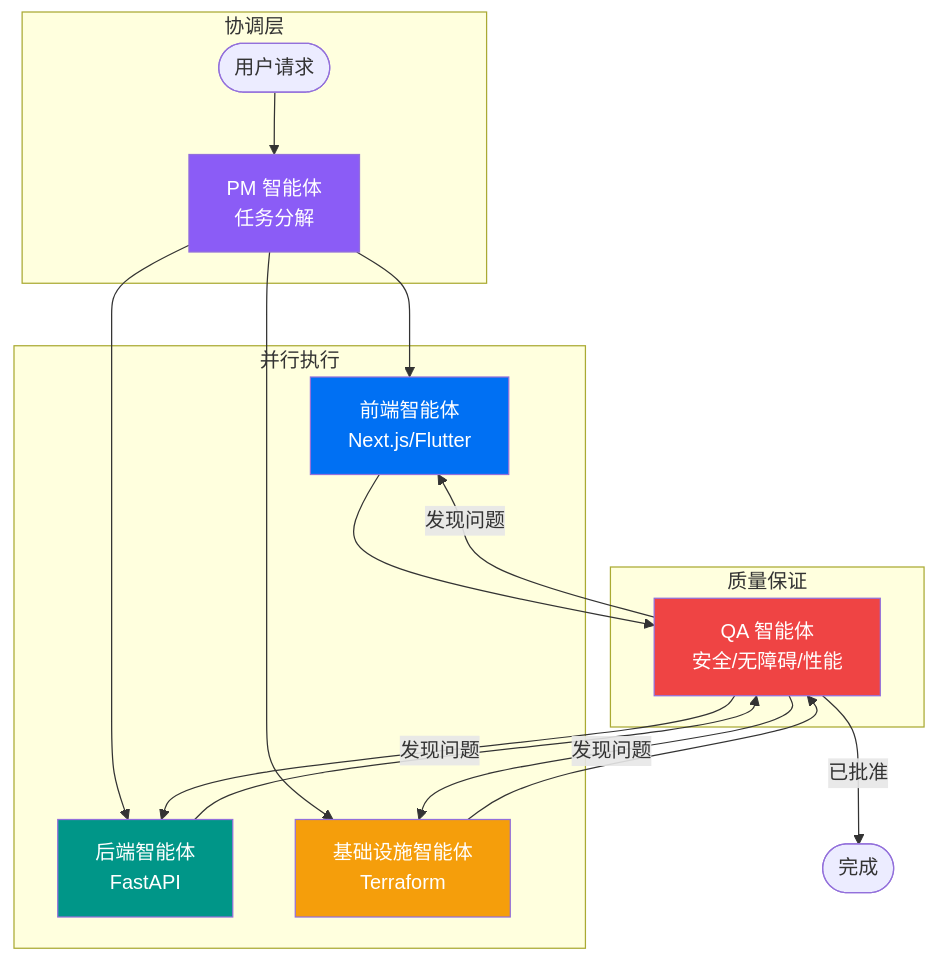
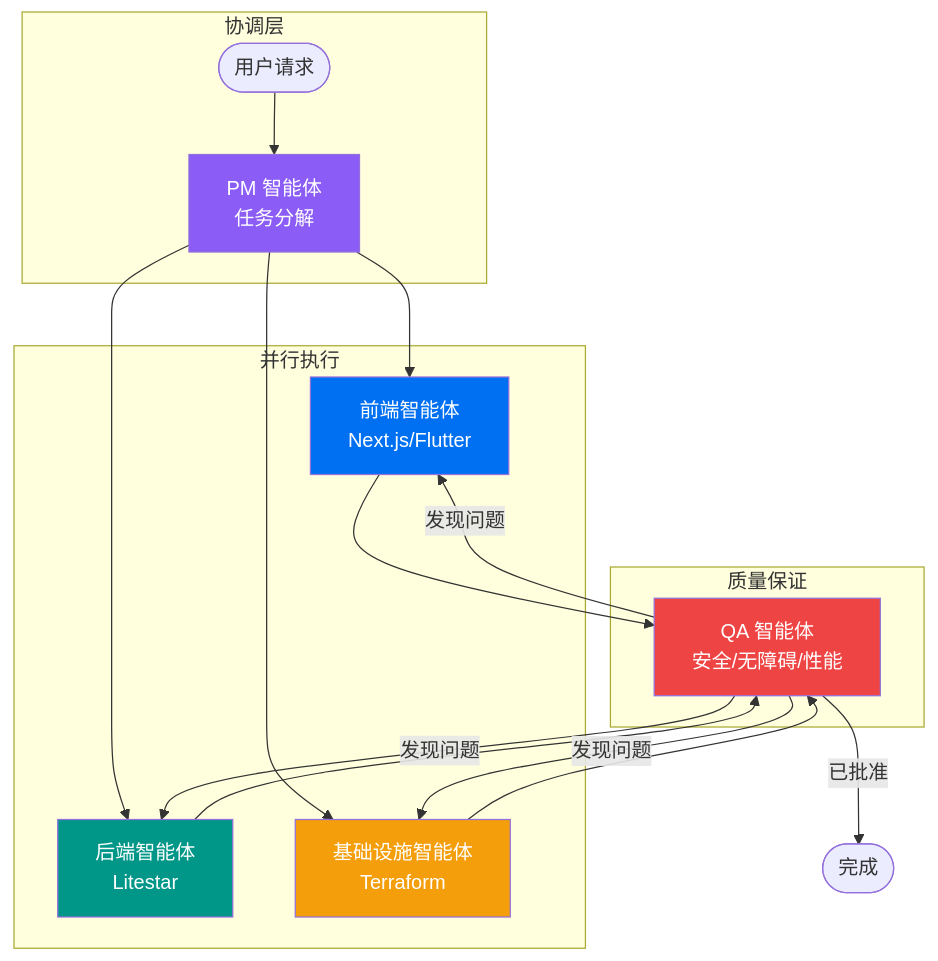
One commit to first-fluke/fullstack-starter changed the second of 2 diagrams in docs/README.cn.md. Above: the diagram before and after it, drawn with Mermaid. The commit also changed other lines of this file and 60 other files, not shown here.

Commit message:
feat(api,worker): migrate from fastapi to litestar and msgspec

````diff
--- a/docs/README.cn.md
+++ b/docs/README.cn.md
@@ -83,29 +83,29 @@
 ```mermaid
 graph TB
     subgraph Coordination["协调层"]
         User([用户请求])
         PM[PM 智能体<br/>任务分解]
     end
 
     subgraph Execution["并行执行"]
         FE[前端智能体<br/>Next.js/Flutter]
-        BE[后端智能体<br/>FastAPI]
+        BE[后端智能体<br/>Litestar]
         Infra[基础设施智能体<br/>Terraform]
     end
 
     subgraph Review["质量保证"]
         QA[QA 智能体<br/>安全/无障碍/性能]
     end
 
     User --> PM
     PM --> FE & BE & Infra
     FE & BE & Infra --> QA
     QA -->|发现问题| FE & BE & Infra
     QA -->|已批准| Done([完成])
 
     style PM fill:#8B5CF6,color:#fff
     style FE fill:#0070f3,color:#fff
     style BE fill:#009688,color:#fff
     style Infra fill:#F59E0B,color:#fff
     style QA fill:#EF4444,color:#fff
 ```
````
